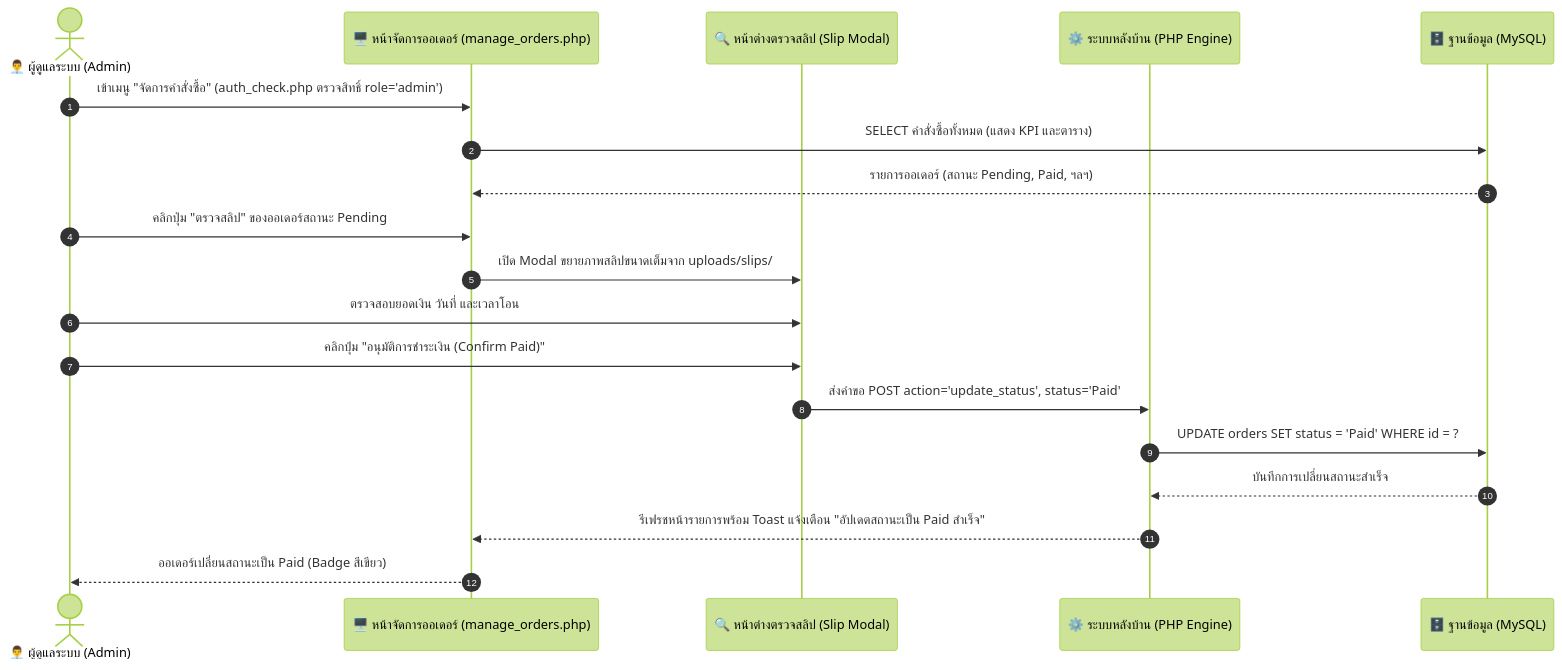
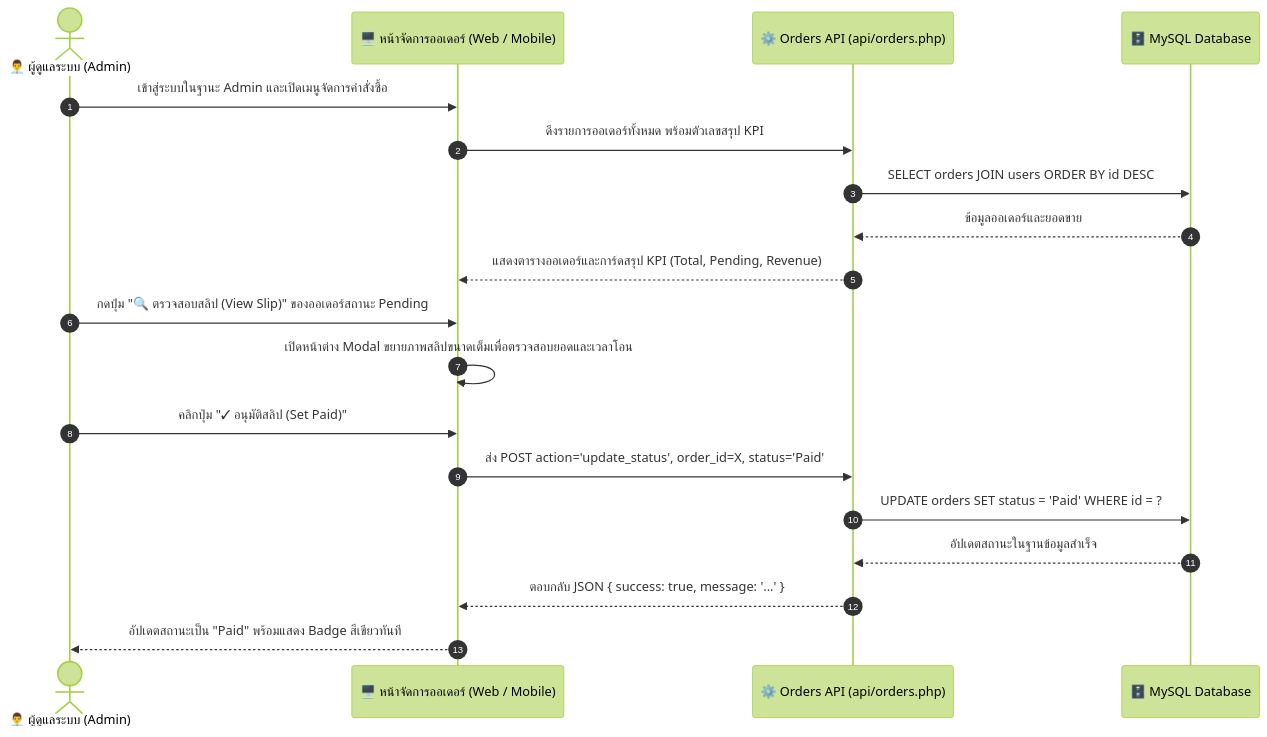
Before and after one commit to M16C/term_project1_2026: the fourth of 5 diagrams in README.md, drawn with Mermaid (forest theme). The commit also changed other lines of this file and 35 other files, not shown here.

````diff
--- a/README.md
+++ b/README.md
@@ -198,24 +190,24 @@
 ```mermaid
 sequenceDiagram
     autonumber
     actor Admin as 👨‍💼 ผู้ดูแลระบบ (Admin)
-    participant AdminUI as 🖥️ หน้าจัดการออเดอร์ (manage_orders.php)
-    participant Modal as 🔍 หน้าต่างตรวจสลิป (Slip Modal)
-    participant PHP as ⚙️ ระบบหลังบ้าน (PHP Engine)
-    participant DB as 🗄️ ฐานข้อมูล (MySQL)
+    participant UI as 🖥️ หน้าจัดการออเดอร์ (Web / Mobile)
+    participant API as ⚙️ Orders API (api/orders.php)
+    participant DB as 🗄️ MySQL Database
 
-    Admin->>AdminUI: เข้าเมนู "จัดการคำสั่งซื้อ" (auth_check.php ตรวจสิทธิ์ role='admin')
-    AdminUI->>DB: SELECT คำสั่งซื้อทั้งหมด (แสดง KPI และตาราง)
-    DB-->>AdminUI: รายการออเดอร์ (สถานะ Pending, Paid, ฯลฯ)
+    Admin->>UI: เข้าสู่ระบบในฐานะ Admin และเปิดเมนูจัดการคำสั่งซื้อ
+    UI->>API: ดึงรายการออเดอร์ทั้งหมด พร้อมตัวเลขสรุป KPI
+    API->>DB: SELECT orders JOIN users ORDER BY id DESC
+    DB-->>API: ข้อมูลออเดอร์และยอดขาย
+    API-->>UI: แสดงตารางออเดอร์และการ์ดสรุป KPI (Total, Pending, Revenue)
     
-    Admin->>AdminUI: คลิกปุ่ม "ตรวจสลิป" ของออเดอร์สถานะ Pending
-    AdminUI->>Modal: เปิด Modal ขยายภาพสลิปขนาดเต็มจาก uploads/slips/
-    Admin->>Modal: ตรวจสอบยอดเงิน วันที่ และเวลาโอน
+    Admin->>UI: กดปุ่ม "🔍 ตรวจสอบสลิป (View Slip)" ของออเดอร์สถานะ Pending
+    UI->>UI: เปิดหน้าต่าง Modal ขยายภาพสลิปขนาดเต็มเพื่อตรวจสอบยอดและเวลาโอน
     
-    Admin->>Modal: คลิกปุ่ม "อนุมัติการชำระเงิน (Confirm Paid)"
-    Modal->>PHP: ส่งคำขอ POST action='update_status', status='Paid'
-    PHP->>DB: UPDATE orders SET status = 'Paid' WHERE id = ?
-    DB-->>PHP: บันทึกการเปลี่ยนสถานะสำเร็จ
-    PHP-->>AdminUI: รีเฟรชหน้ารายการพร้อม Toast แจ้งเตือน "อัปเดตสถานะเป็น Paid สำเร็จ"
-    AdminUI-->>Admin: ออเดอร์เปลี่ยนสถานะเป็น Paid (Badge สีเขียว)
+    Admin->>UI: คลิกปุ่ม "✓ อนุมัติสลิป (Set Paid)"
+    UI->>API: ส่ง POST action='update_status', order_id=X, status='Paid'
+    API->>DB: UPDATE orders SET status = 'Paid' WHERE id = ?
+    DB-->>API: อัปเดตสถานะในฐานข้อมูลสำเร็จ
+    API-->>UI: ตอบกลับ JSON { success: true, message: '...' }
+    UI-->>Admin: อัปเดตสถานะเป็น "Paid" พร้อมแสดง Badge สีเขียวทันที
 ```
````
